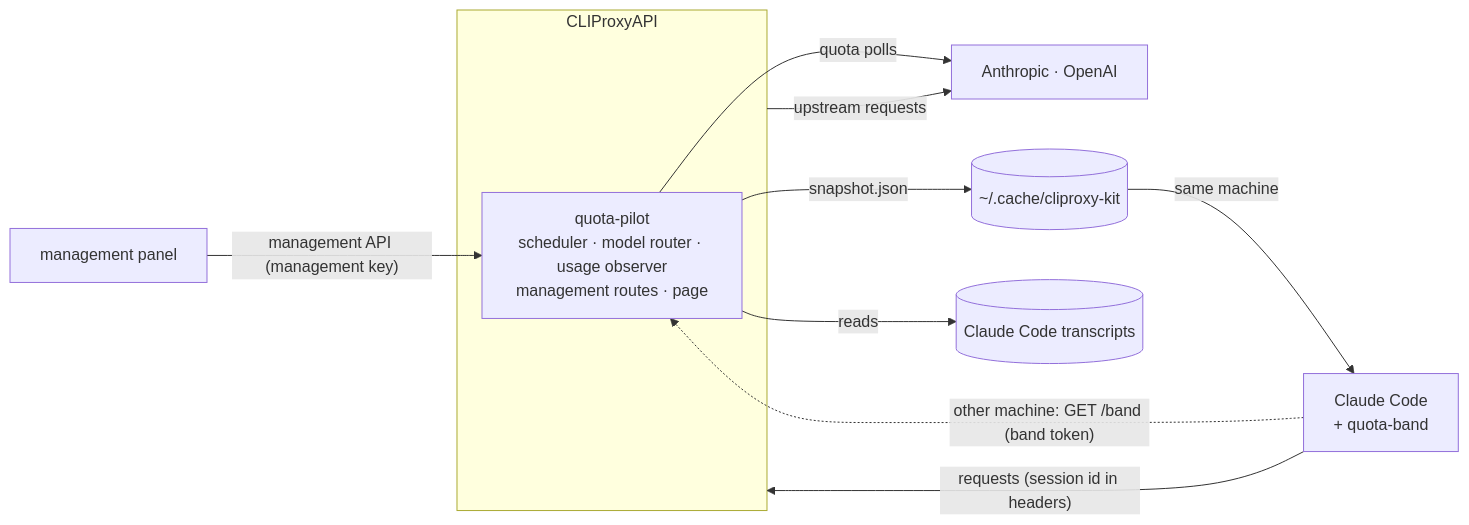
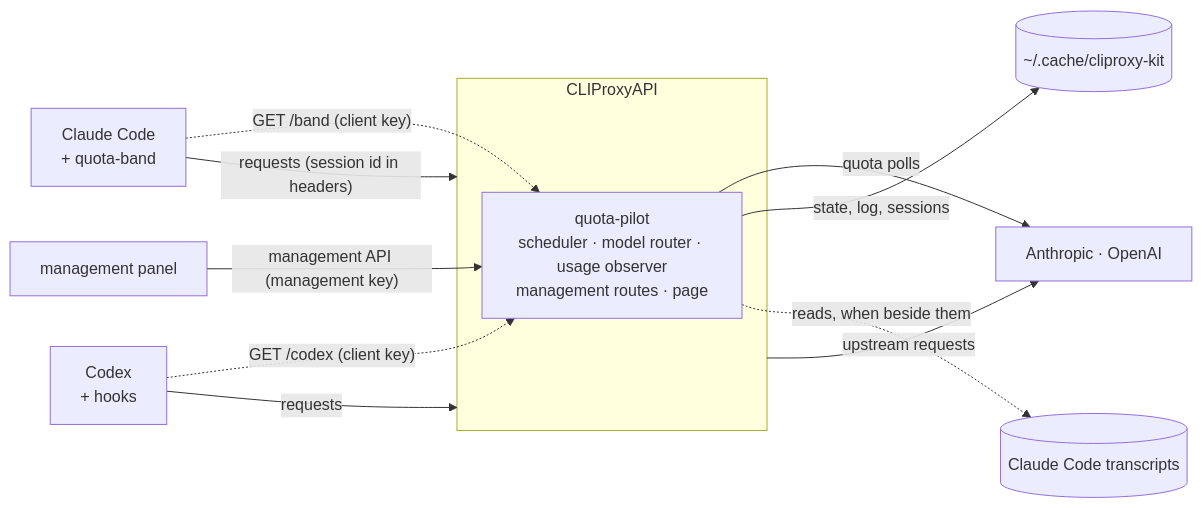
One commit to kuan0808/cliproxy-kit changed the diagram in docs/architecture.md. Above: the diagram before and after it, drawn with Mermaid. The commit also changed other lines of this file and 41 other files, not shown here.

First line of the commit message:
0.1.7: everything through the proxy, from any device; Codex shows its quota

````diff
--- a/docs/architecture.md
+++ b/docs/architecture.md
@@ -11,14 +11,15 @@
 ```mermaid
 flowchart LR
   subgraph proxy["CLIProxyAPI"]
     qp["quota-pilot<br/>scheduler · model router · usage observer<br/>management routes · page"]
   end
   cc["Claude Code<br/>+ quota-band"] -- "requests (session id in headers)" --> proxy
+  cx["Codex<br/>+ hooks"] -- "requests" --> proxy
   proxy -- "upstream requests" --> up["Anthropic · OpenAI"]
   qp -- "quota polls" --> up
-  qp -- "snapshot.json" --> files[("~/.cache/cliproxy-kit")]
-  files -- "same machine" --> cc
-  cc -. "other machine: GET /band (band token)" .-> qp
+  cc -. "GET /band (client key)" .-> qp
+  cx -. "GET /codex (client key)" .-> qp
   panel["management panel"] -- "management API (management key)" --> qp
-  qp -- "reads" --> logs[("Claude Code transcripts")]
+  qp -- "state, log, sessions" --> files[("~/.cache/cliproxy-kit")]
+  qp -. "reads, when beside them" .-> logs[("Claude Code transcripts")]
 ```
````
